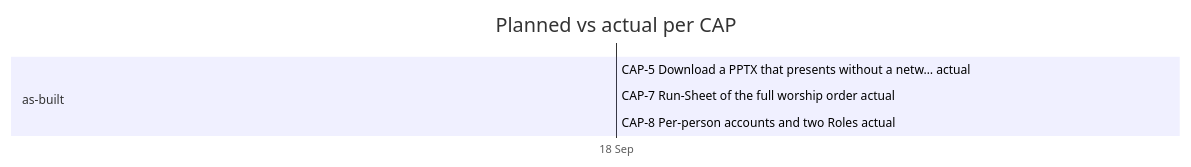
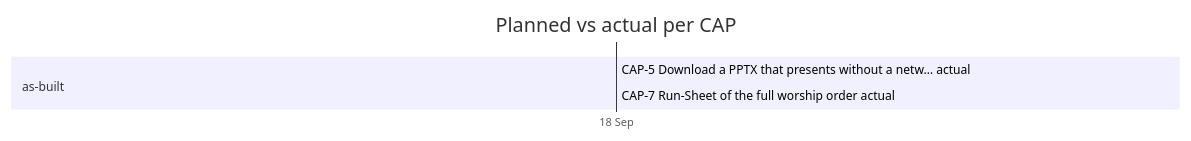
Before and after one commit to wiradeltaid/worship-deck: the diagram in .control/generated/timeline.md, drawn with Mermaid. The commit also changed other lines of this file and 25 other files, not shown here.

````diff
--- a/.control/generated/timeline.md
+++ b/.control/generated/timeline.md
@@ -7,12 +7,11 @@
 ```mermaid
 gantt
     dateFormat YYYY-MM-DD
     axisFormat %d %b
     title Planned vs actual per CAP
 
     section as-built
     CAP-5 Download a PPTX that presents without a netw… actual :done, cap5a, 2026-09-18, 2026-09-18
     CAP-7 Run-Sheet of the full worship order actual :done, cap7a, 2026-09-18, 2026-09-18
-    CAP-8 Per-person accounts and two Roles actual :done, cap8a, 2026-09-18, 2026-09-18
 
 ```
````
